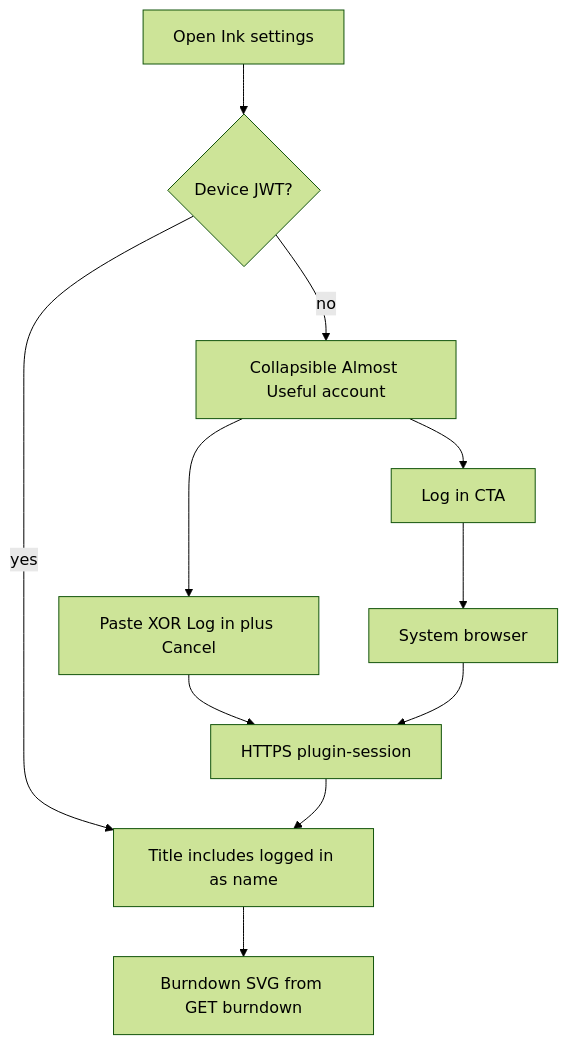
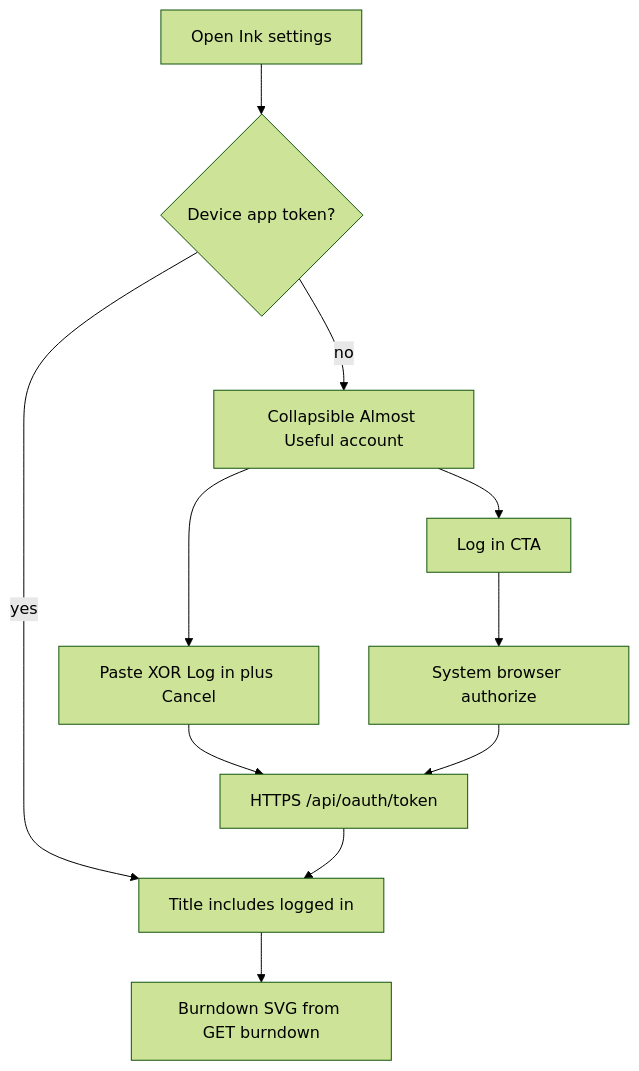
One commit to daledesilva/obsidian_ink changed the second of 2 diagrams in docs/almostuseful-account.md. Above: the diagram before and after it, drawn with Mermaid (forest theme). The commit also changed other lines of this file and 11 other files, not shown here.

Commit message:
updated: Switched Ink login to portal authorize and stored app tokens locally so the public plugin no longer ships supabase-js or a user JWT.

````diff
--- a/docs/almostuseful-account.md
+++ b/docs/almostuseful-account.md
@@ -43,14 +43,14 @@
 ```mermaid
 flowchart TD
   OpenSettings[Open Ink settings]
-  OpenSettings --> SignedIn{Device JWT?}
+  OpenSettings --> SignedIn{Device app token?}
   SignedIn -->|no| LoggedOut[Collapsible Almost Useful account]
   LoggedOut --> Idle[Log in CTA]
   LoggedOut --> Pending[Paste XOR Log in plus Cancel]
-  Idle --> BrowserLogin[System browser]
-  Pending --> Exchange[HTTPS plugin-session]
+  Idle --> BrowserLogin[System browser authorize]
+  Pending --> Exchange[HTTPS /api/oauth/token]
   BrowserLogin --> Exchange
-  SignedIn -->|yes| Header[Title includes logged in as name]
+  SignedIn -->|yes| Header[Title includes logged in]
   Header --> Charts[Burndown SVG from GET burndown]
   Exchange --> Header
 ```
````
